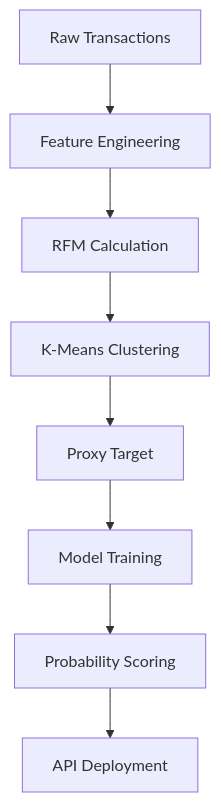
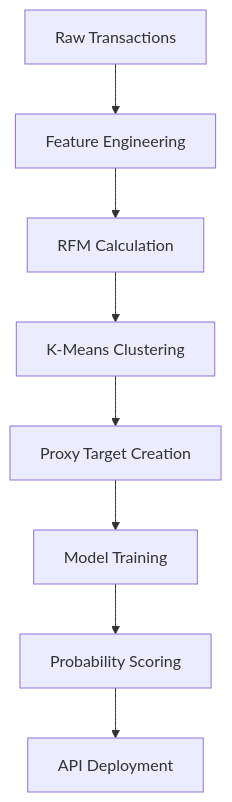
One commit to EstiphanosH/Credit-Risk-Probability-Model-for-Alternative-Data changed the diagram in README.md. Above: the diagram before and after it, drawn with Mermaid. The commit also changed other lines of this file, not shown here.

````diff
--- a/README.md
+++ b/README.md
@@ -90,10 +136,10 @@
 ```mermaid
 graph TD
     A[Raw Transactions] --> B[Feature Engineering]
     B --> C[RFM Calculation]
     C --> D[K-Means Clustering]
-    D --> E[Proxy Target]
+    D --> E[Proxy Target Creation]
     E --> F[Model Training]
     F --> G[Probability Scoring]
     G --> H[API Deployment]
 ```
````
